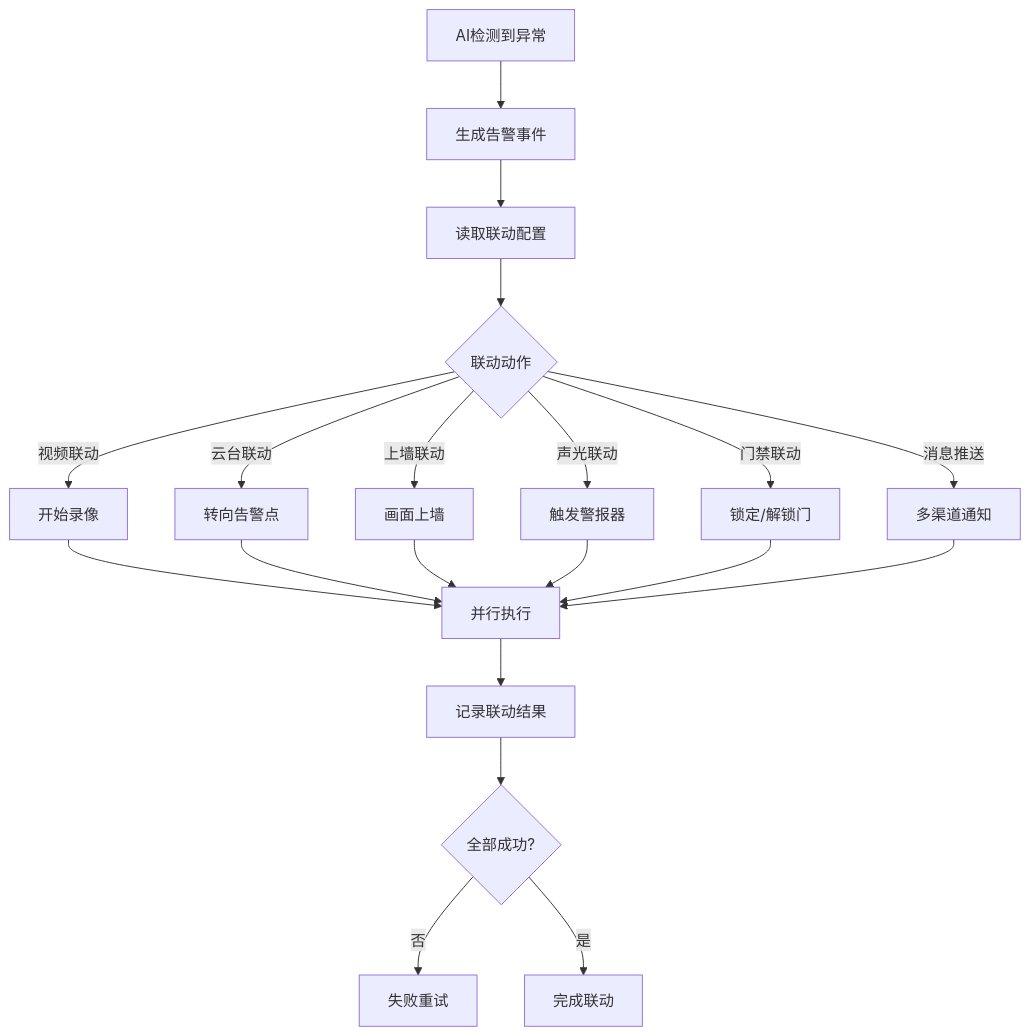
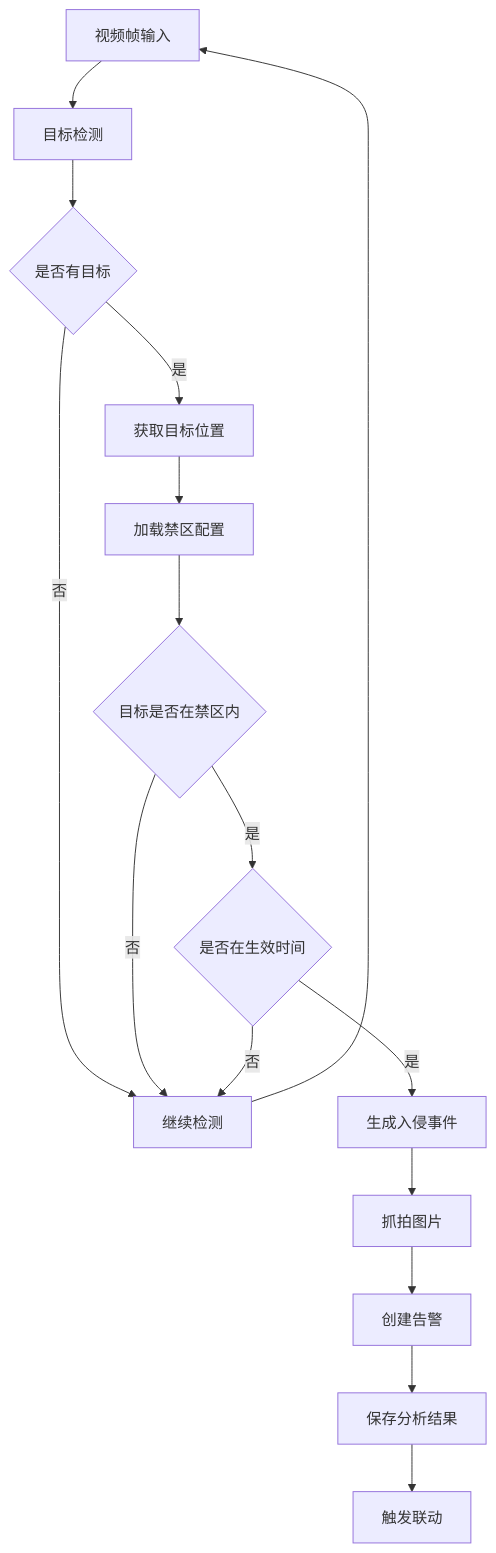
Before and after one commit to wilson323/IOE-DREAMfornew: the fourth of 5 diagrams in documentation/业务模块/05-视频管理模块/04-行为分析/业务流程图.md, drawn with Mermaid. The commit also changed other lines of this file and 8 other files, not shown here.

````diff
--- a/documentation/业务模块/05-视频管理模块/04-行为分析/业务流程图.md
+++ b/documentation/业务模块/05-视频管理模块/04-行为分析/业务流程图.md
@@ -188,25 +80,18 @@
 ```mermaid
 flowchart TD
-    A[AI检测到异常] --> B[生成告警事件]
-    B --> C[读取联动配置]
-    C --> D{联动动作}
-    
-    D -->|视频联动| E[开始录像]
-    D -->|云台联动| F[转向告警点]
-    D -->|上墙联动| G[画面上墙]
-    D -->|声光联动| H[触发警报器]
-    D -->|门禁联动| I[锁定/解锁门]
-    D -->|消息推送| J[多渠道通知]
-    
-    E --> K[并行执行]
-    F --> K
-    G --> K
-    H --> K
-    I --> K
-    J --> K
-    
-    K --> L[记录联动结果]
-    L --> M{全部成功?}
-    M -->|否| N[失败重试]
-    M -->|是| O[完成联动]
+    A[视频帧输入] --> B[目标检测]
+    B --> C{是否有目标}
+    C -->|否| D[继续检测]
+    C -->|是| E[获取目标位置]
+    E --> F[加载禁区配置]
+    F --> G{目标是否在禁区内}
+    G -->|否| D
+    G -->|是| H{是否在生效时间}
+    H -->|否| D
+    H -->|是| I[生成入侵事件]
+    I --> J[抓拍图片]
+    J --> K[创建告警]
+    K --> L[保存分析结果]
+    L --> M[触发联动]
+    D --> A
 ```
````
